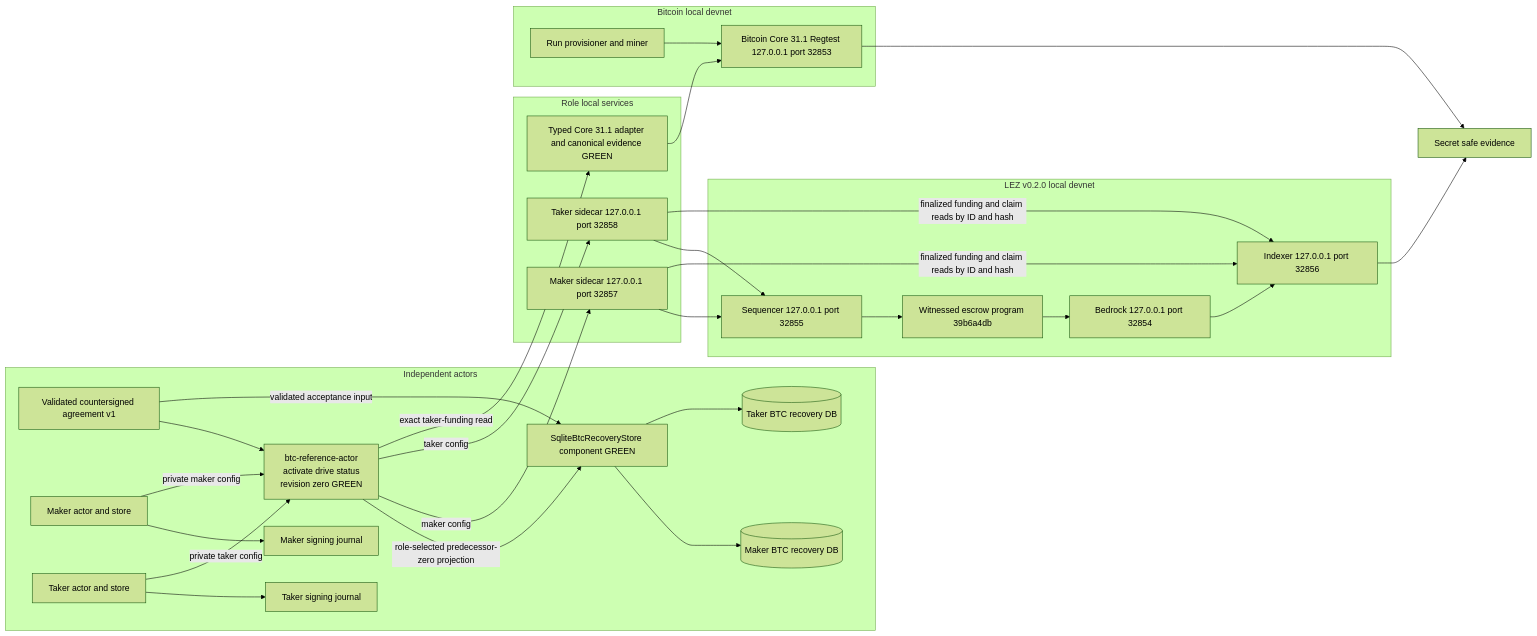
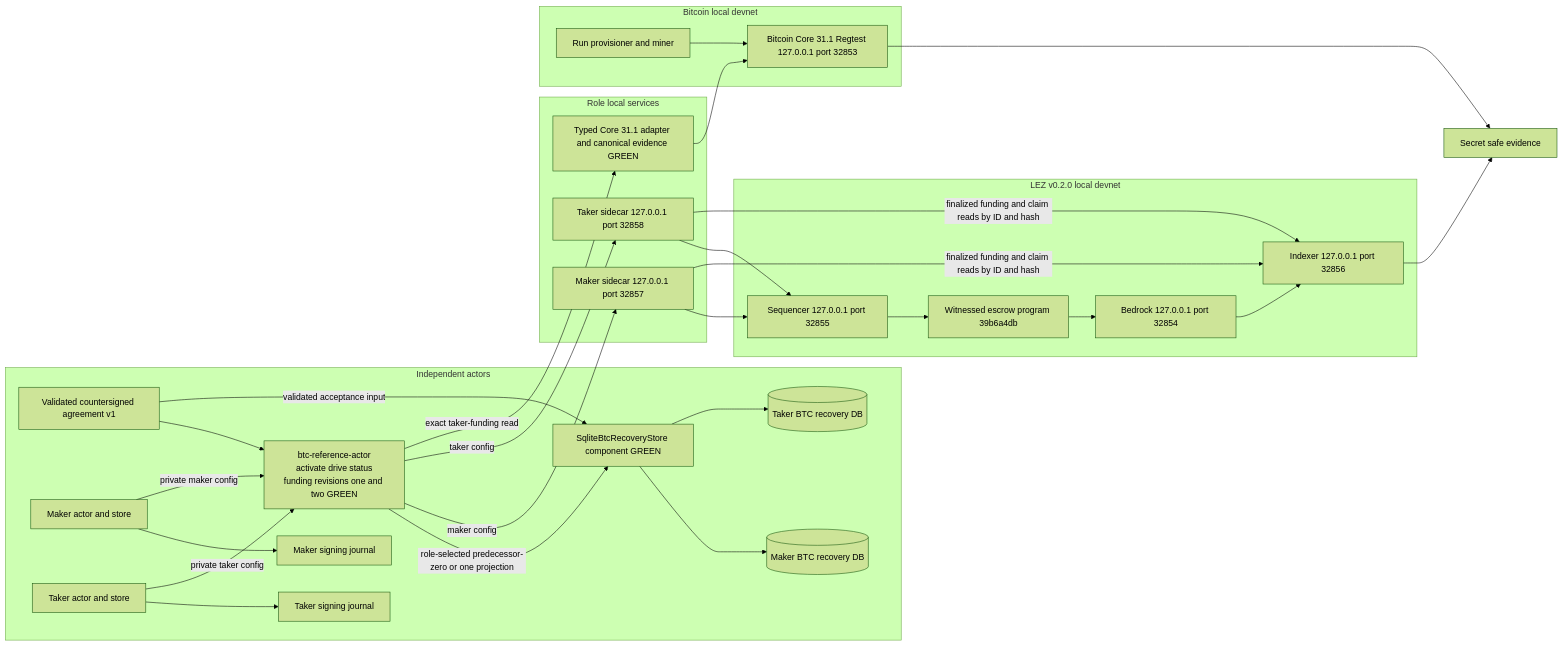
One commit to gateway-fm/lez-atomic-swaps changed the first of 6 diagrams in docs/architecture/0029-m3-bitcoin-local-poc-entry.md. Above: the diagram before and after it, drawn with Mermaid (forest theme). The commit also changed other lines of this file and 10 other files, not shown here.

````diff
--- a/docs/architecture/0029-m3-bitcoin-local-poc-entry.md
+++ b/docs/architecture/0029-m3-bitcoin-local-poc-entry.md
@@ -43,56 +43,56 @@
 ```mermaid
 flowchart LR
     subgraph Actors["Independent actors"]
         Agreement["Validated countersigned agreement v1"]
         Maker["Maker actor and store"]
         Taker["Taker actor and store"]
-        Actor["btc-reference-actor<br/>activate drive status<br/>revision zero GREEN"]
+        Actor["btc-reference-actor<br/>activate drive status<br/>funding revisions one and two GREEN"]
         MakerSigner["Maker signing journal"]
         TakerSigner["Taker signing journal"]
         Recovery["SqliteBtcRecoveryStore component GREEN"]
         MakerRecovery[("Maker BTC recovery DB")]
         TakerRecovery[("Taker BTC recovery DB")]
         Maker --> MakerSigner
         Taker --> TakerSigner
         Maker -->|"private maker config"| Actor
         Taker -->|"private taker config"| Actor
         Agreement --> Actor
         Agreement -->|"validated acceptance input"| Recovery
         Recovery --> MakerRecovery
         Recovery --> TakerRecovery
-        Actor -->|"role-selected predecessor-zero projection"| Recovery
+        Actor -->|"role-selected predecessor-zero or one projection"| Recovery
     end
 
     subgraph RoleServices["Role local services"]
         MakerSidecar["Maker sidecar 127.0.0.1 port 32857"]
         TakerSidecar["Taker sidecar 127.0.0.1 port 32858"]
         CoreAdapter["Typed Core 31.1 adapter and canonical evidence GREEN"]
     end
 
     subgraph Bitcoin["Bitcoin local devnet"]
         Core["Bitcoin Core 31.1 Regtest 127.0.0.1 port 32853"]
         Miner["Run provisioner and miner"]
     end
 
     subgraph Lez["LEZ v0.2.0 local devnet"]
         Sequencer["Sequencer 127.0.0.1 port 32855"]
         Indexer["Indexer 127.0.0.1 port 32856"]
         Bedrock["Bedrock 127.0.0.1 port 32854"]
         Guest["Witnessed escrow program 39b6a4db"]
         Sequencer --> Guest
         Guest --> Bedrock
         Bedrock --> Indexer
     end
 
     Actor -->|"maker config"| MakerSidecar
     Actor -->|"taker config"| TakerSidecar
     MakerSidecar --> Sequencer
     MakerSidecar -->|"finalized funding and claim reads by ID and hash"| Indexer
     TakerSidecar --> Sequencer
     TakerSidecar -->|"finalized funding and claim reads by ID and hash"| Indexer
     Actor -->|"exact taker-funding read"| CoreAdapter
     CoreAdapter --> Core
     Miner --> Core
     Core --> Evidence["Secret safe evidence"]
     Indexer --> Evidence
 ```
````
